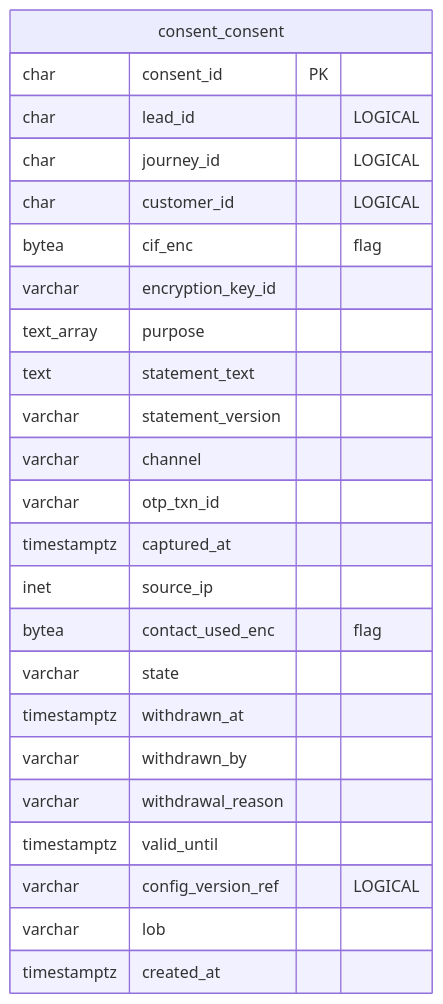
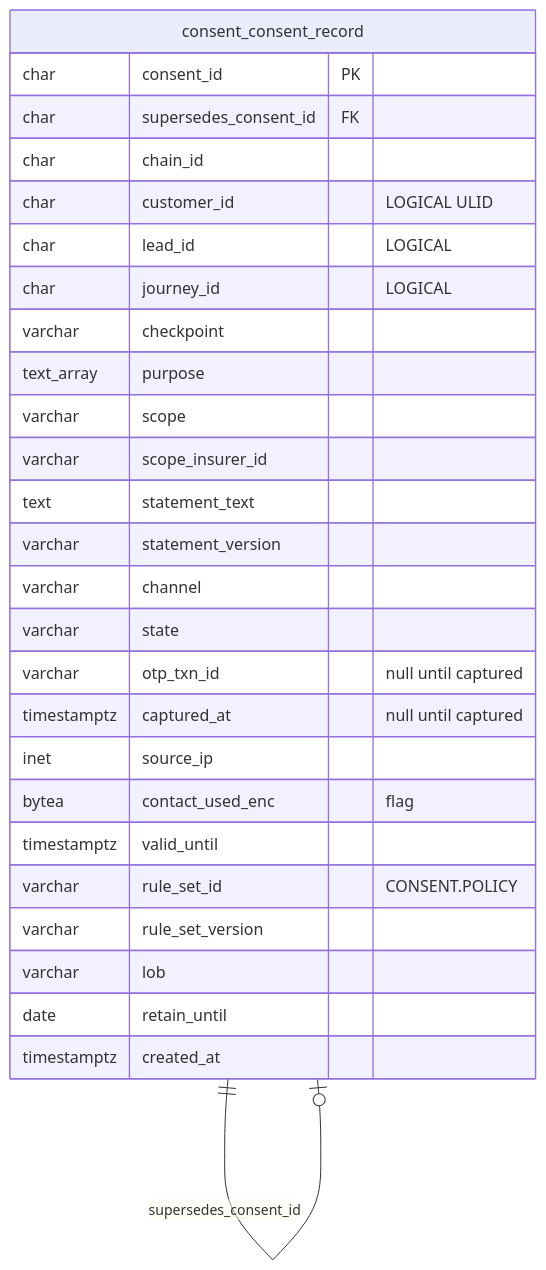
The sixth of 14 diagrams in docs/platform/data-architecture/05-e2e-er-and-field-map.md (Mahesh38/bank-insurance-platform), drawn with Mermaid before and after one commit. The commit also changed other lines of this file and 348 other files, not shown here.

````diff
--- a/docs/platform/data-architecture/05-e2e-er-and-field-map.md
+++ b/docs/platform/data-architecture/05-e2e-er-and-field-map.md
@@ -567,27 +621,30 @@
 ```mermaid
 erDiagram
-    consent_consent {
+    consent_consent_record {
         char consent_id PK
+        char supersedes_consent_id FK
+        char chain_id
+        char customer_id "LOGICAL ULID"
         char lead_id "LOGICAL"
         char journey_id "LOGICAL"
-        char customer_id "LOGICAL"
-        bytea cif_enc "flag"
-        varchar encryption_key_id
+        varchar checkpoint
         text_array purpose
+        varchar scope
+        varchar scope_insurer_id
         text statement_text
         varchar statement_version
         varchar channel
-        varchar otp_txn_id
-        timestamptz captured_at
+        varchar state
+        varchar otp_txn_id "null until captured"
+        timestamptz captured_at "null until captured"
         inet source_ip
         bytea contact_used_enc "flag"
-        varchar state
-        timestamptz withdrawn_at
-        varchar withdrawn_by
-        varchar withdrawal_reason
         timestamptz valid_until
-        varchar config_version_ref "LOGICAL"
+        varchar rule_set_id "CONSENT.POLICY"
+        varchar rule_set_version
         varchar lob
+        date retain_until
         timestamptz created_at
     }
+    consent_consent_record ||--o| consent_consent_record : "supersedes_consent_id"
 ```
````
